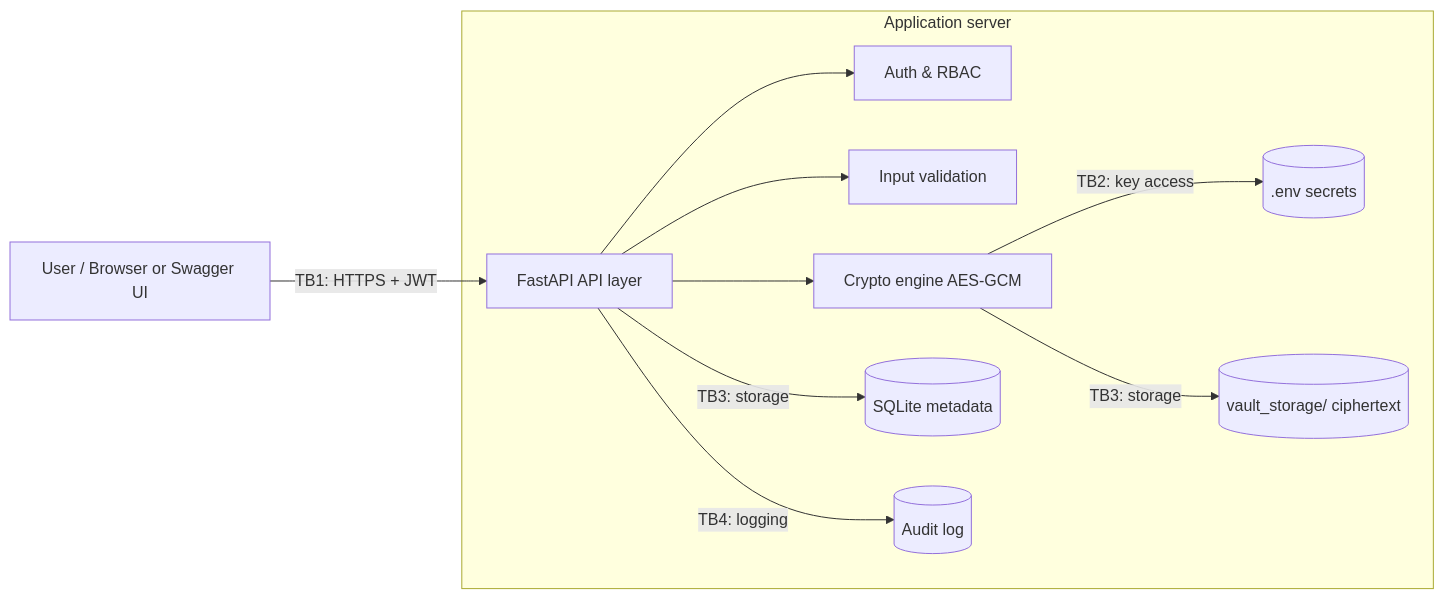
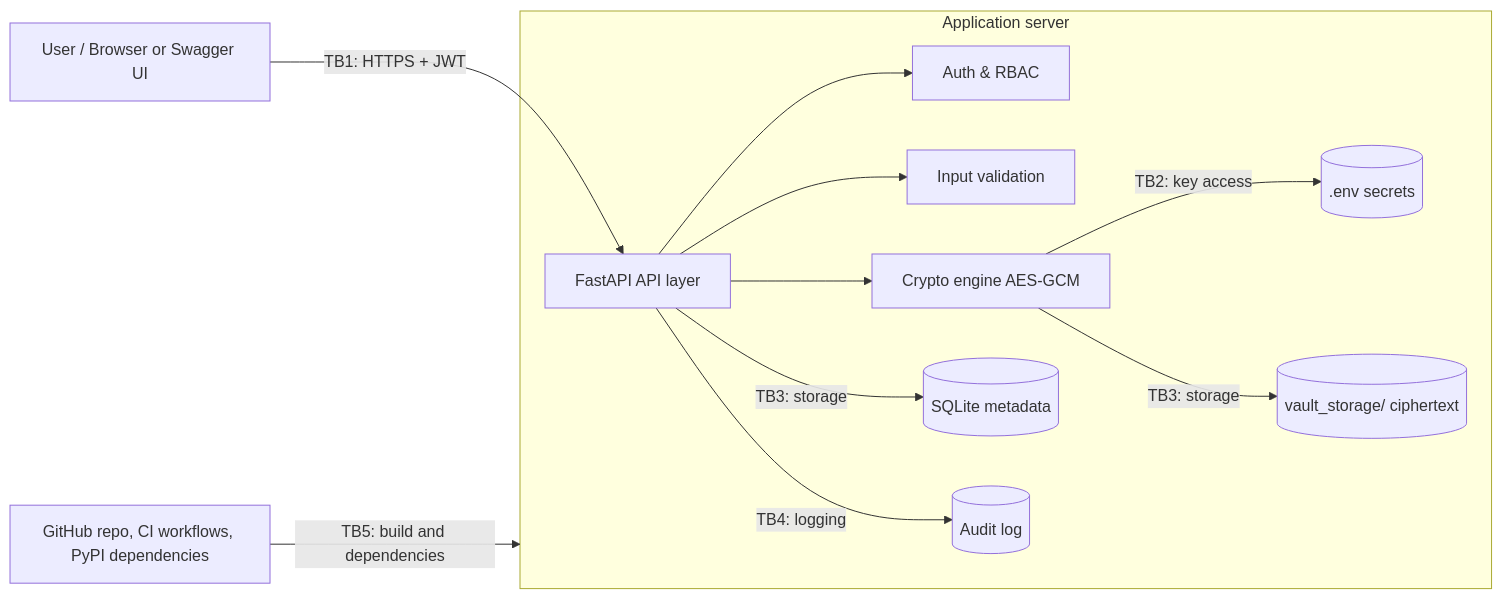
Before and after one commit to vitokwon/secure-financial-vault: the diagram in docs/THREAT_MODEL.md, drawn with Mermaid. The commit also changed other lines of this file, not shown here.

````diff
--- a/docs/THREAT_MODEL.md
+++ b/docs/THREAT_MODEL.md
@@ -45,13 +59,14 @@
 ```mermaid
 flowchart LR
     U[User / Browser or Swagger UI] -- "TB1: HTTPS + JWT" --> API[FastAPI API layer]
     subgraph Server [Application server]
         API --> AUTH[Auth & RBAC]
         API --> VAL[Input validation]
         API --> CRYPTO[Crypto engine AES-GCM]
         CRYPTO -- "TB2: key access" --> KEYS[(.env secrets)]
         API -- "TB3: storage" --> DB[(SQLite metadata)]
         CRYPTO -- "TB3: storage" --> VAULT[(vault_storage/ ciphertext)]
         API -- "TB4: logging" --> LOG[(Audit log)]
     end
+    CI[GitHub repo, CI workflows, PyPI dependencies] -- "TB5: build and dependencies" --> Server
 ```
````
